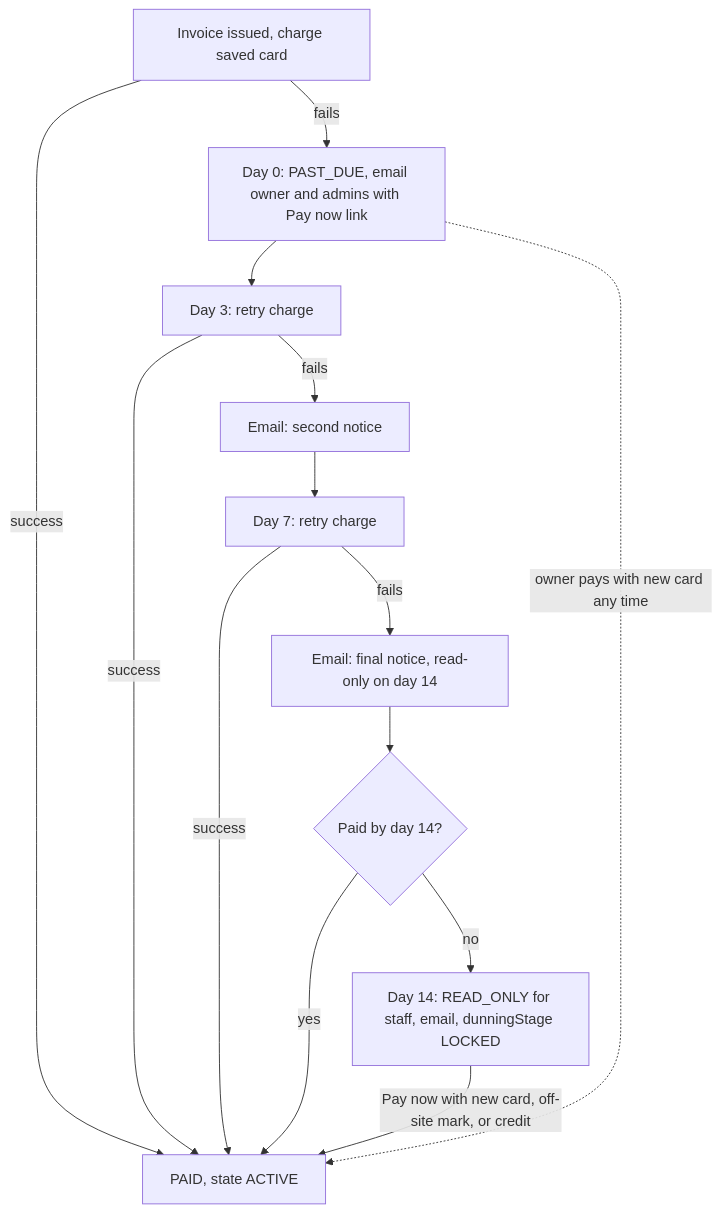
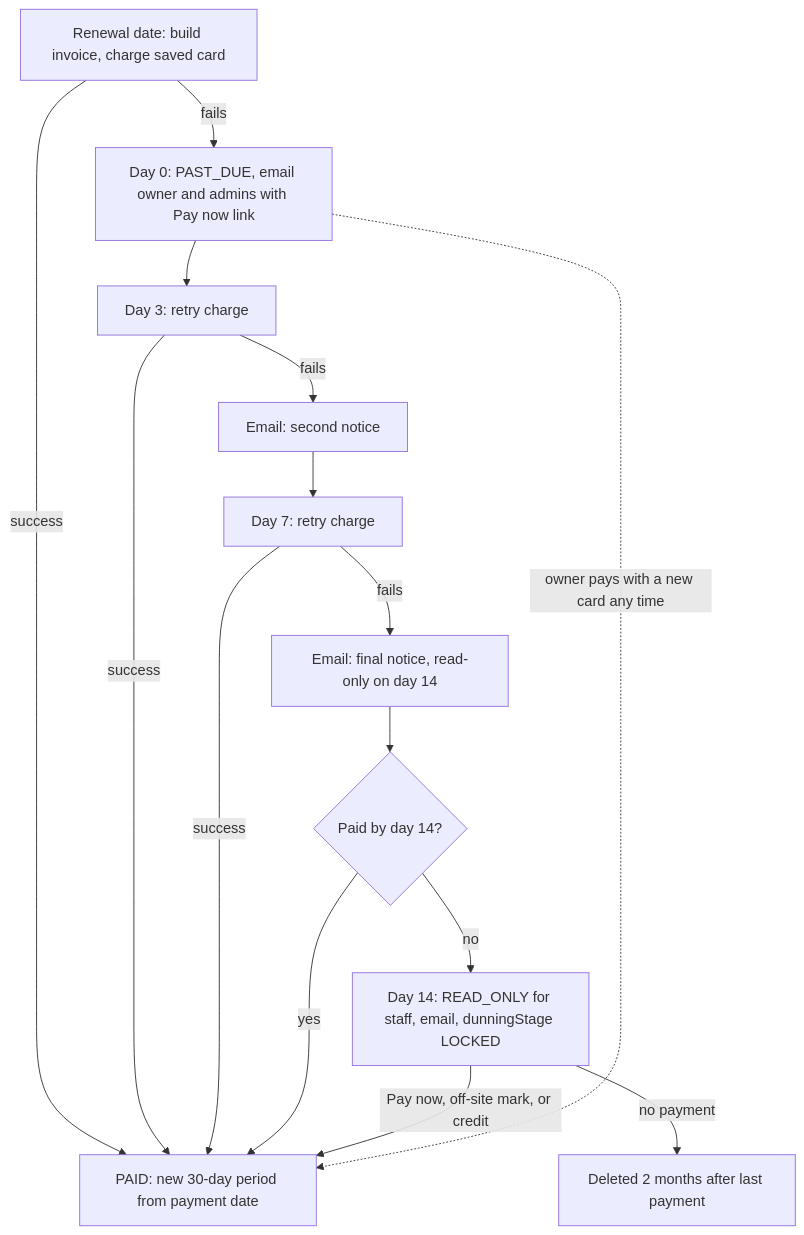
The second of 2 diagrams in docs/revamp/a/design/03-billing.md (jassiel-ndlovu/grit-lms), drawn with Mermaid before and after one commit. The commit also changed other lines of this file and 8 other files, not shown here.

````diff
--- a/docs/revamp/a/design/03-billing.md
+++ b/docs/revamp/a/design/03-billing.md
@@ -147,16 +165,17 @@
 ```mermaid
 flowchart TD
-  A[Invoice issued, charge saved card] -->|success| P[PAID, state ACTIVE]
+  A[Renewal date: build invoice, charge saved card] -->|success| P[PAID: new 30-day period from payment date]
   A -->|fails| D0[Day 0: PAST_DUE, email owner and admins with Pay now link]
   D0 --> R3[Day 3: retry charge]
   R3 -->|success| P
   R3 -->|fails| E3[Email: second notice]
   E3 --> R7[Day 7: retry charge]
   R7 -->|success| P
   R7 -->|fails| E7[Email: final notice, read-only on day 14]
   E7 --> D14{Paid by day 14?}
   D14 -->|yes| P
   D14 -->|no| RO[Day 14: READ_ONLY for staff, email, dunningStage LOCKED]
-  RO -->|Pay now with new card, off-site mark, or credit| P
-  D0 -.->|owner pays with new card any time| P
+  RO -->|Pay now, off-site mark, or credit| P
+  RO -->|no payment| DEL[Deleted 2 months after last payment]
+  D0 -.->|owner pays with a new card any time| P
 ```
````
